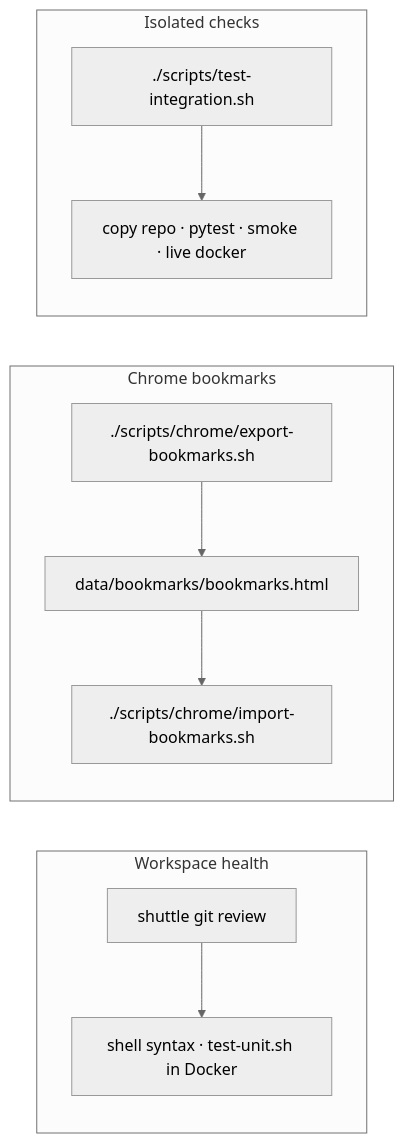
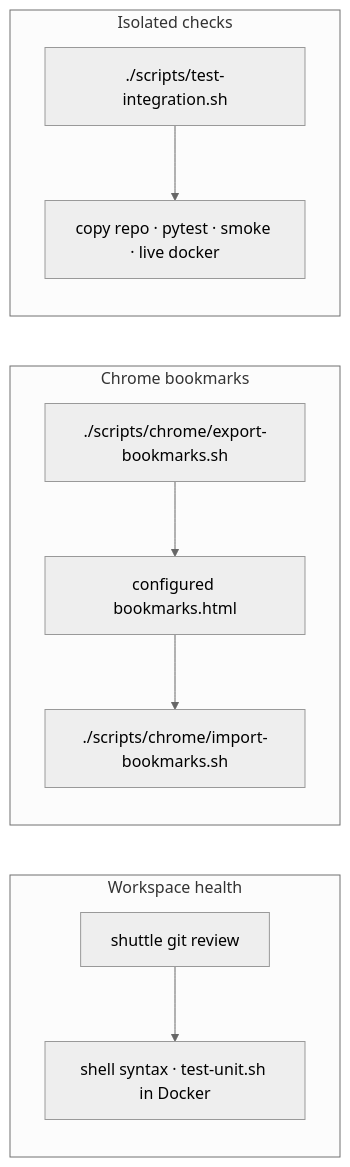
Before and after one commit to gardusig/cli: the sixth of 7 diagrams in docs/workflows.md, drawn with Mermaid (neutral theme). The commit also changed 115 other files, not shown here.

````diff
--- a/docs/workflows.md
+++ b/docs/workflows.md
@@ -128,21 +128,21 @@
 ```mermaid
 flowchart LR
     subgraph review [Workspace health]
         R1["shuttle git review"]
         R2["shell syntax · test-unit.sh in Docker"]
         R1 --> R2
     end
 
     subgraph bookmarks [Chrome bookmarks]
         B1["./scripts/chrome/export-bookmarks.sh"]
-        B2["data/bookmarks/bookmarks.html"]
+        B2["configured bookmarks.html"]
         B3["./scripts/chrome/import-bookmarks.sh"]
         B1 --> B2 --> B3
     end
 
     subgraph docker [Isolated checks]
         D1["./scripts/test-integration.sh"]
         D2["copy repo · pytest · smoke · live docker"]
         D1 --> D2
     end
 ```
````
